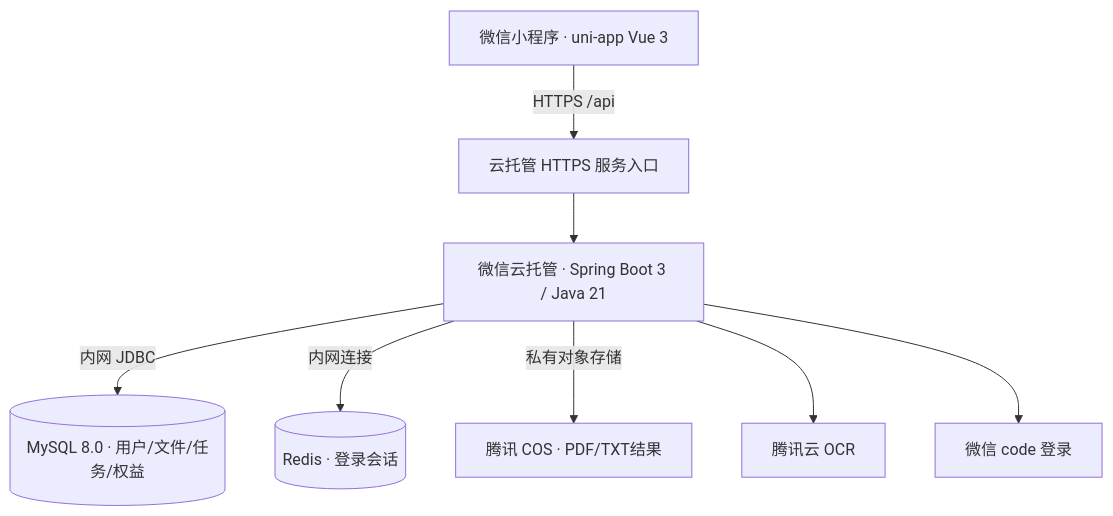
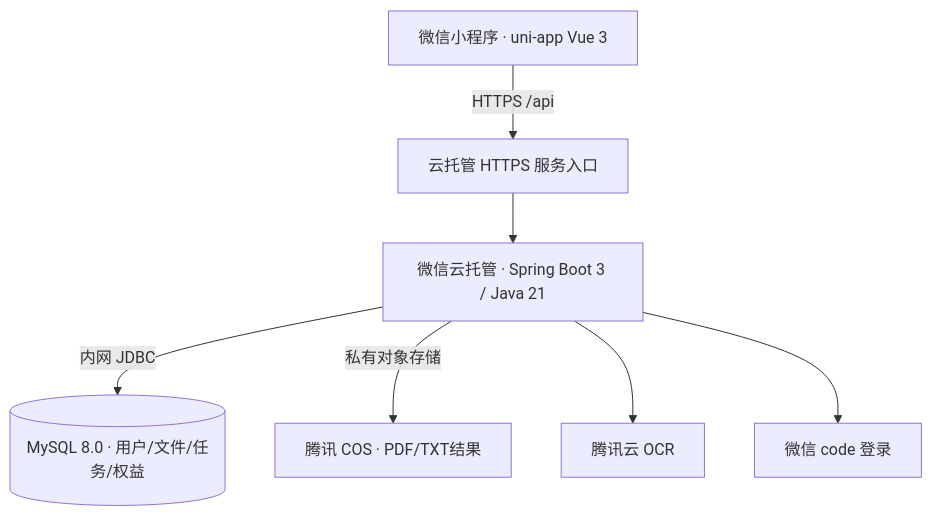
Before and after one commit to zhiyuan213/document-assistant: the diagram in docs/DEPLOY_WECHAT_CLOUD.md, drawn with Mermaid. The commit also changed other lines of this file and 15 other files, not shown here.

````diff
--- a/docs/DEPLOY_WECHAT_CLOUD.md
+++ b/docs/DEPLOY_WECHAT_CLOUD.md
@@ -9,10 +9,9 @@
 ```mermaid
 flowchart TD
   Mini[微信小程序 · uni-app Vue 3] -->|HTTPS /api| Gateway[云托管 HTTPS 服务入口]
   Gateway --> API[微信云托管 · Spring Boot 3 / Java 21]
   API -->|内网 JDBC| DB[(MySQL 8.0 · 用户/文件/任务/权益)]
-  API -->|内网连接| Redis[(Redis · 登录会话)]
   API -->|私有对象存储| COS[腾讯 COS · PDF/TXT结果]
   API --> OCR[腾讯云 OCR]
   API --> WX[微信 code 登录]
 ```
````
